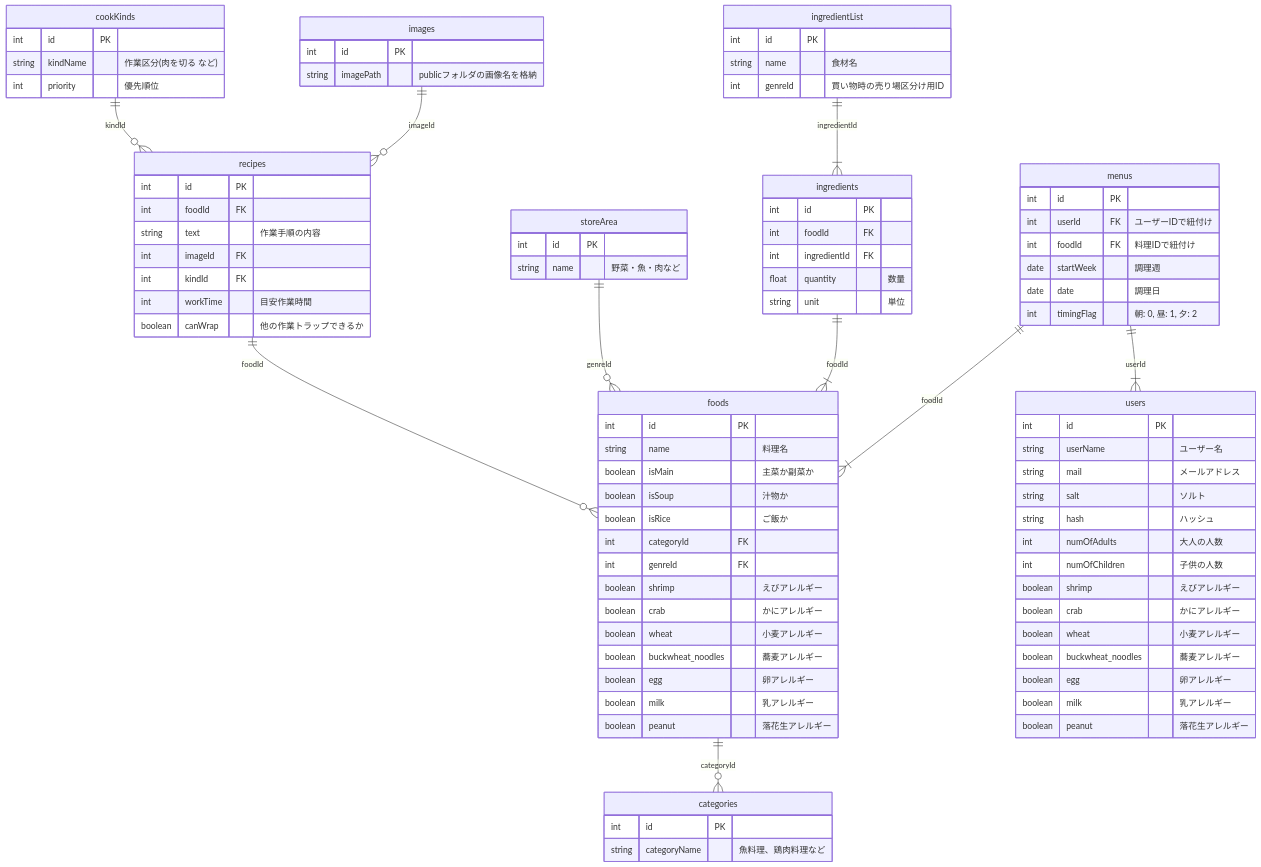
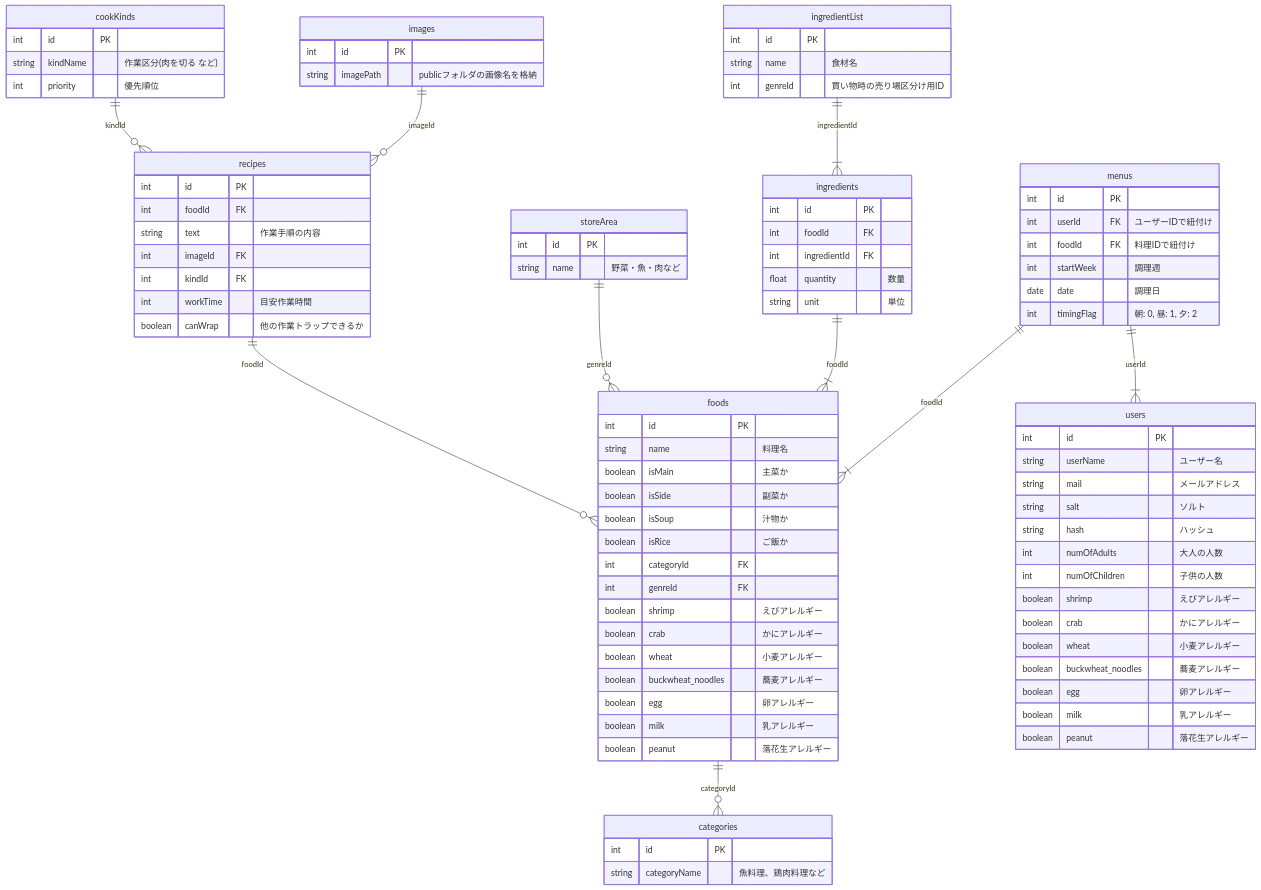
Before and after one commit to team2wish/efficient: the diagram in README.md, drawn with Mermaid. The commit also changed 1 other file, not shown here.

```diff
--- a/README.md
+++ b/README.md
@@ -69,7 +69,8 @@
     foods {
         int id PK
         string name "料理名"
-        boolean isMain "主菜か副菜か"
+        boolean isMain "主菜か"
+        boolean isSide "副菜か"
         boolean isSoup "汁物か"
         boolean isRice "ご飯か"
         int categoryId FK
@@ -109,7 +110,7 @@
       int id PK
       int userId FK "ユーザーIDで紐付け"
       int foodId FK "料理IDで紐付け"
-      date startWeek "調理週"
+      int startWeek "調理週"
       date date "調理日"
       int timingFlag "朝: 0, 昼: 1, 夕: 2"
     }
```
